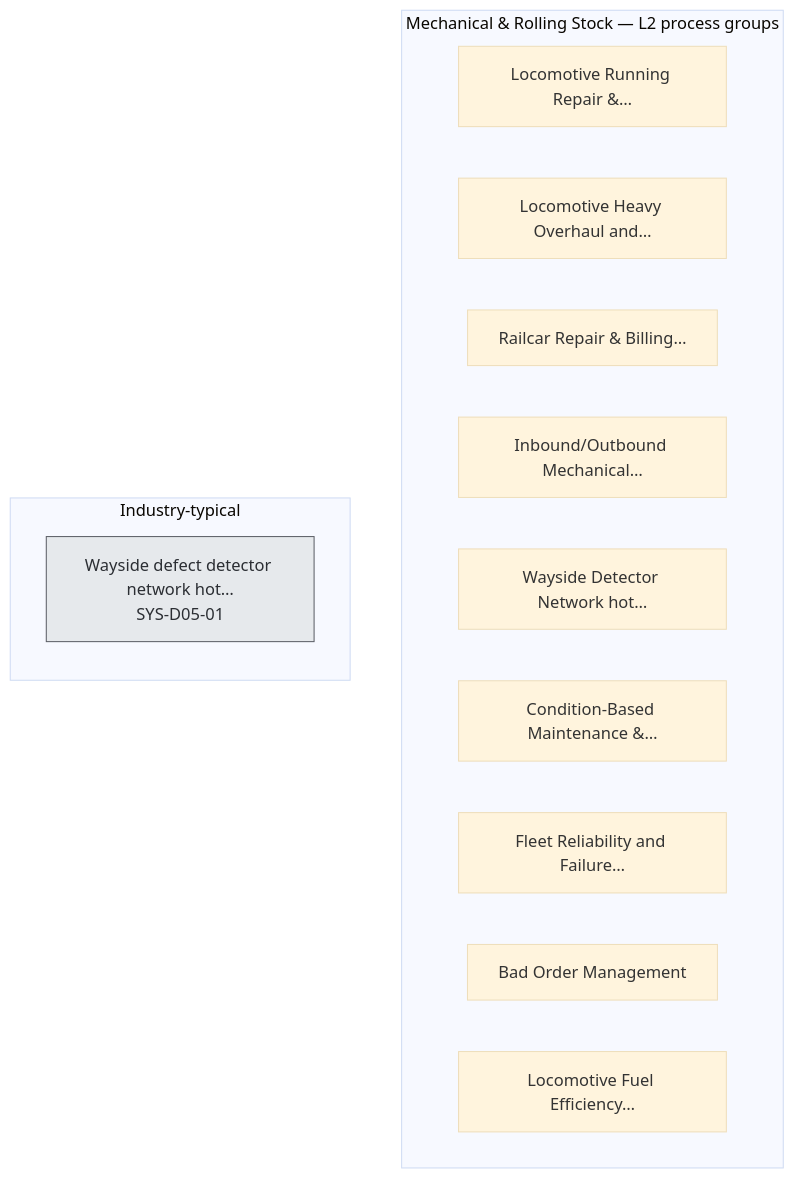
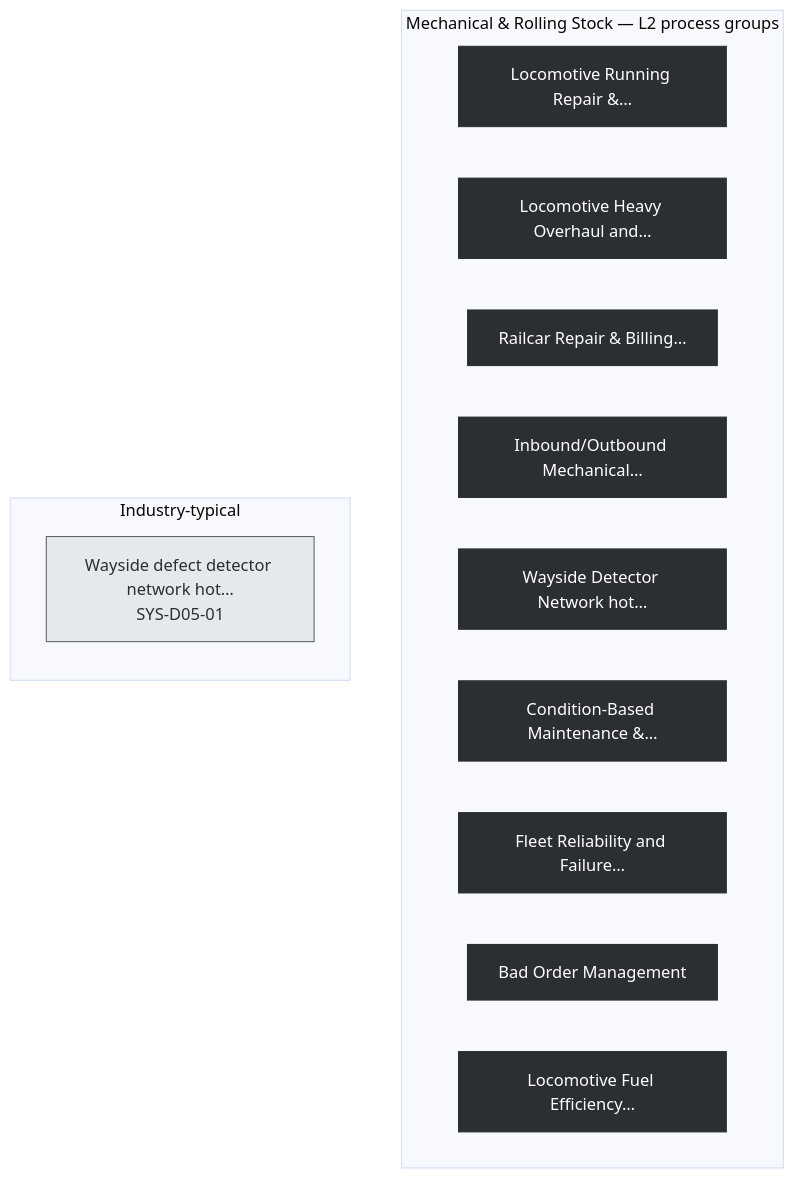
The diagram in ea-diagrams/rr-05-mechanical-rolling-stock.mmd (ghatk047/rail-wiki), drawn with Mermaid before and after one commit. The commit also changed 474 other files, not shown here.

First line of the commit message:
Fix blurry lightbox zoom; add real usage connectors to EA diagrams

```diff
--- a/ea-diagrams/rr-05-mechanical-rolling-stock.mmd
+++ b/ea-diagrams/rr-05-mechanical-rolling-stock.mmd
@@ -1,25 +1,28 @@
 %%{init: {'flowchart': {'curve': 'basis'}, 'theme':'base'}}%%
 flowchart TB
 
   subgraph PROCS["Mechanical & Rolling Stock — L2 process groups"]
     direction LR
-    G1["Locomotive Running Repair &…"]
-    G2["Locomotive Heavy Overhaul and…"]
-    G3["Railcar Repair & Billing…"]
-    G4["Inbound/Outbound Mechanical…"]
-    G5["Wayside Detector Network hot…"]
-    G6["Condition-Based Maintenance &…"]
-    G7["Fleet Reliability and Failure…"]
-    G8["Bad Order Management"]
-    G9["Locomotive Fuel Efficiency…"]
+    G1["Locomotive Running Repair &…"]:::l2
+    G2["Locomotive Heavy Overhaul and…"]:::l2
+    G3["Railcar Repair & Billing…"]:::l2
+    G4["Inbound/Outbound Mechanical…"]:::l2
+    G5["Wayside Detector Network hot…"]:::l2
+    G6["Condition-Based Maintenance &…"]:::l2
+    G7["Fleet Reliability and Failure…"]:::l2
+    G8["Bad Order Management"]:::l2
+    G9["Locomotive Fuel Efficiency…"]:::l2
   end
 
   subgraph INDUSTRY["Industry-typical"]
     direction TB
     I1["Wayside defect detector network hot…\nSYS-D05-01"]:::industry
   end
 
+  %% No generated process yet cites a system in this domain -- no usage edges to draw
+
+classDef l2 fill:#2b2e33,color:#fff,stroke:#2b2e33
 classDef company fill:#fdecd8,stroke:#c8791a,color:#5a3407
 classDef industry fill:#e6e9ec,stroke:#5c5f66,color:#2b2e33
 classDef other fill:#f2f2f0,stroke:#9a9da3,color:#3d4348
 classDef empty fill:#fff4e5,stroke:#c8791a,color:#5a3407,stroke-dasharray: 4 3
```
